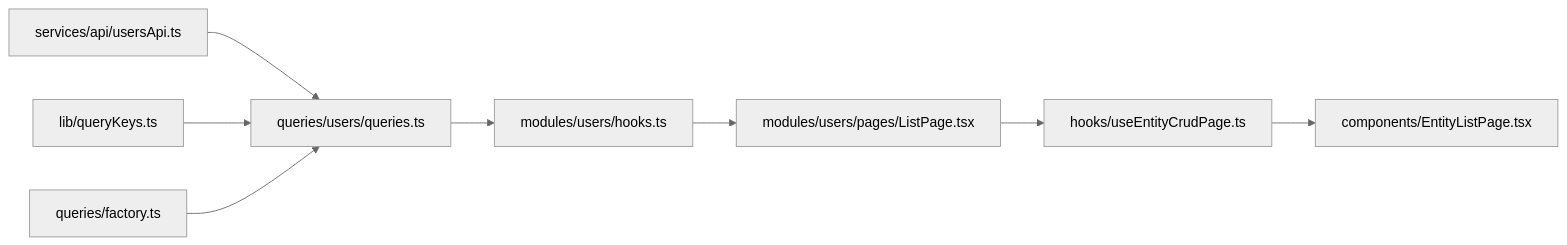
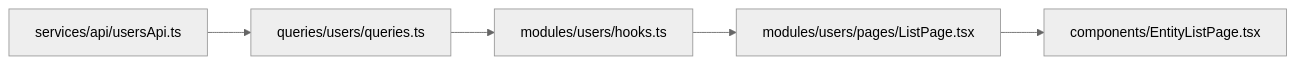
One commit to l0r3nc335/hris_react19_spa changed the second of 2 diagrams in planning/manual/SETUP_GUIDE.md. Above: the diagram before and after it, drawn with Mermaid (neutral theme). The commit also changed other lines of this file and 7 other files, not shown here.

Commit message:
chore(auth): auth modules some components and setup guide

````diff
--- a/planning/manual/SETUP_GUIDE.md
+++ b/planning/manual/SETUP_GUIDE.md
@@ -819,10 +700,7 @@
 ```mermaid
 flowchart LR
-  ApiModule["services/api/usersApi.ts"] --> QueryHooks["queries/users/queries.ts"]
-  QueryKeys["lib/queryKeys.ts"] --> QueryHooks
-  Factory["queries/factory.ts"] --> QueryHooks
-  QueryHooks --> ModuleHooks["modules/users/hooks.ts"]
-  ModuleHooks --> ListPage["modules/users/pages/ListPage.tsx"]
-  ListPage --> EntityCrud["hooks/useEntityCrudPage.ts"]
-  EntityCrud --> EntityListPage["components/EntityListPage.tsx"]
+  ApiModule[services/api/usersApi.ts] --> QueryHooks[queries/users/queries.ts]
+  QueryHooks --> ModuleHooks[modules/users/hooks.ts]
+  ModuleHooks --> ListPage[modules/users/pages/ListPage.tsx]
+  ListPage --> EntityListPage[components/EntityListPage.tsx]
 ```
````
